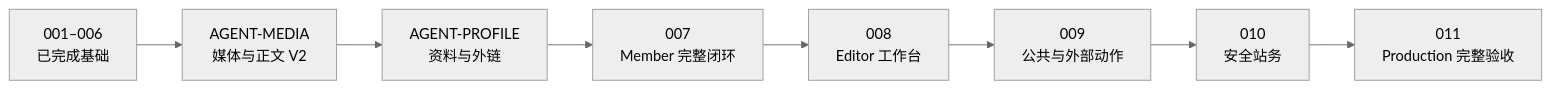
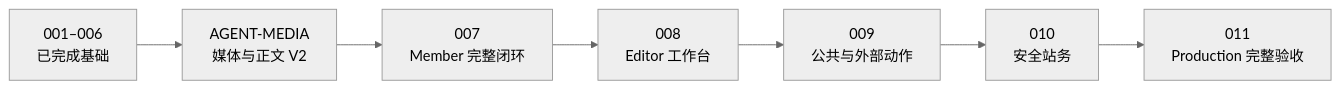
The diagram in docs/roadmap/agent-workspace-program.md (lonelyreader/chinaknowledge), drawn with Mermaid (neutral theme) before and after one commit. The commit also changed other lines of this file and 6 other files, not shown here.

Commit message:
docs(agent): activate member completion contract

````diff
--- a/docs/roadmap/agent-workspace-program.md
+++ b/docs/roadmap/agent-workspace-program.md
@@ -73,10 +73,9 @@
 ```mermaid
 flowchart LR
     B["001–006<br/>已完成基础"] --> M["AGENT-MEDIA<br/>媒体与正文 V2"]
-    M --> P["AGENT-PROFILE<br/>资料与外链"]
-    P --> C["007<br/>Member 完整闭环"]
+    M --> C["007<br/>Member 完整闭环"]
     C --> E1["008<br/>Editor 工作台"]
     E1 --> E2["009<br/>公共与外部动作"]
     E2 --> A["010<br/>安全站务"]
     A --> R["011<br/>Production 完整验收"]
 ```
````
